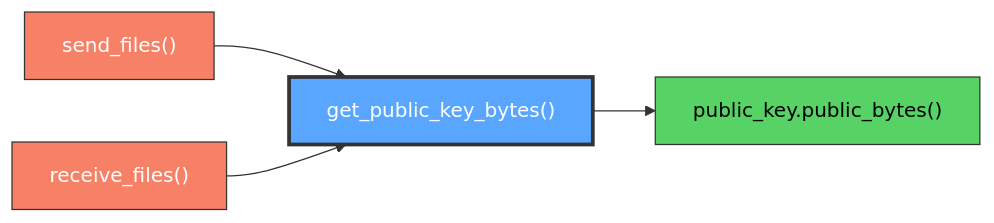
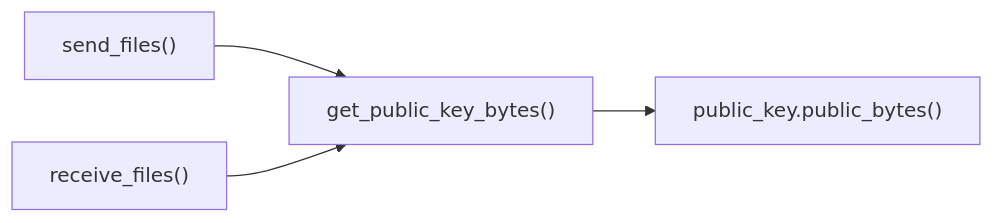
One commit to proudsunburn/ftransfer changed the diagram in docs/get_public_key_bytes.md. Above: the diagram before and after it, drawn with Mermaid. The commit also changed 23 other files, not shown here.

Commit message:
MINOR: Remove colors from mermaid for easy light/dark mode switching

````diff
--- a/docs/get_public_key_bytes.md
+++ b/docs/get_public_key_bytes.md
@@ -11,15 +11,11 @@
 ```mermaid
 graph LR
-    send_files["send_files()"]:::red
-    receive_files["receive_files()"]:::red
-    get_public_key_bytes["get_public_key_bytes()"]:::highlight
-    public_bytes["public_key.public_bytes()"]:::green
+    send_files["send_files()"]
+    receive_files["receive_files()"]
+    get_public_key_bytes["get_public_key_bytes()"]
+    public_bytes["public_key.public_bytes()"]
 
     send_files --> get_public_key_bytes
     receive_files --> get_public_key_bytes
     get_public_key_bytes --> public_bytes
-
-    classDef red fill:#f78166,stroke:#333,color:#fff
-    classDef highlight fill:#58a6ff,stroke:#333,color:#fff,stroke-width:3px
-    classDef green fill:#56d364,stroke:#333,color:#000
 ```
````
